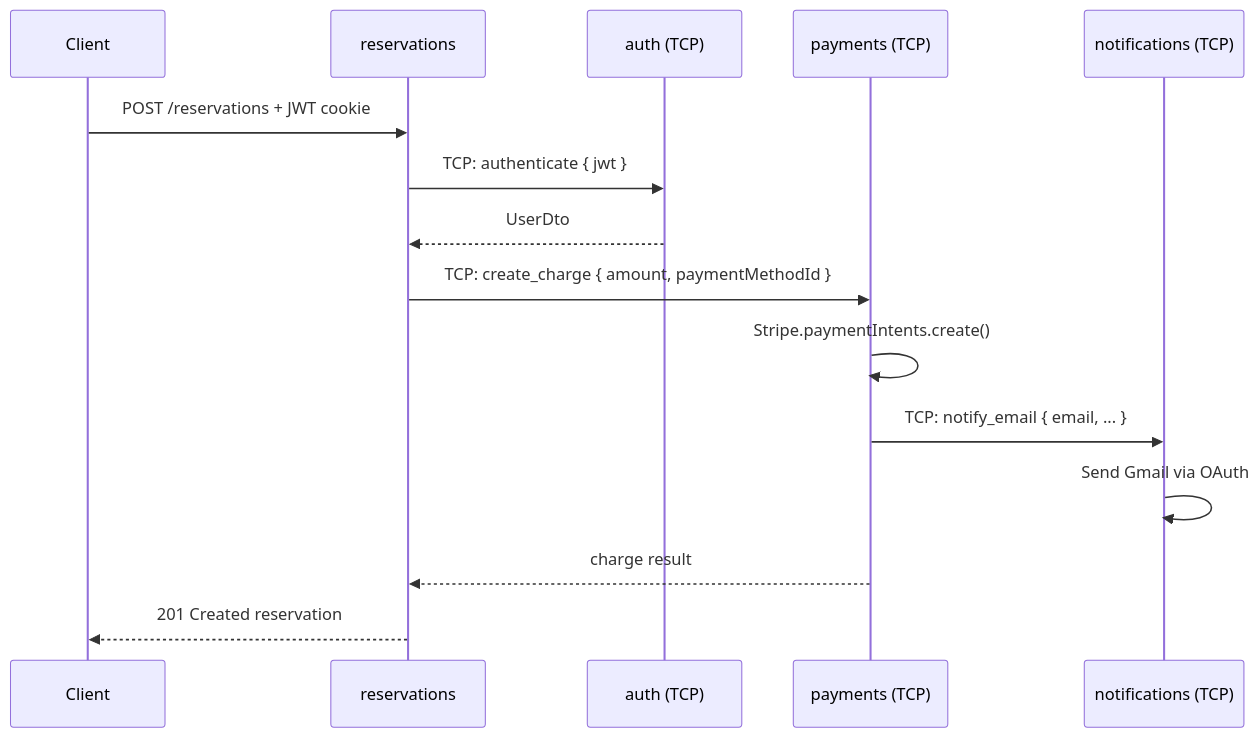
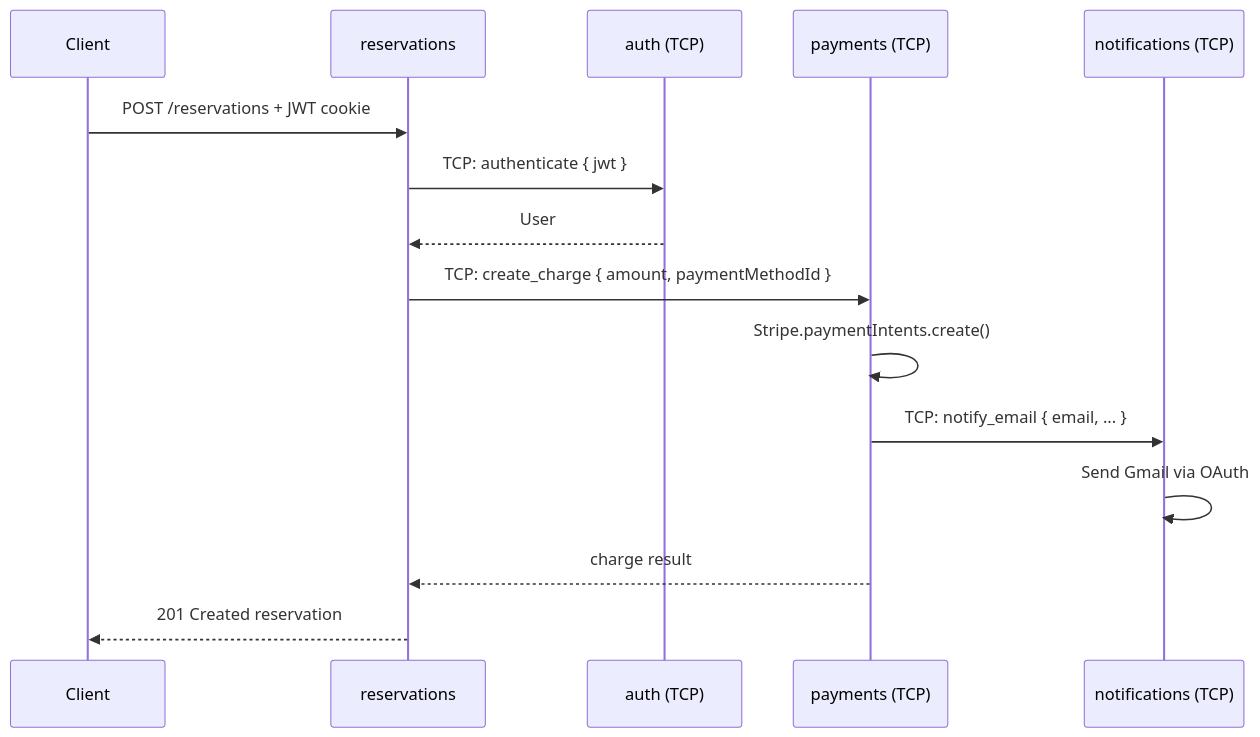
Before and after one commit to HuseyinKaraman/nestjs-microservice: the second of 2 diagrams in README.md, drawn with Mermaid. The commit also changed other lines of this file and 37 other files, not shown here.

````diff
--- a/README.md
+++ b/README.md
@@ -56,18 +56,18 @@
 ```mermaid
 sequenceDiagram
     participant C as Client
     participant R as reservations
     participant A as auth (TCP)
     participant P as payments (TCP)
     participant N as notifications (TCP)
 
     C->>R: POST /reservations + JWT cookie
     R->>A: TCP: authenticate { jwt }
-    A-->>R: UserDto
+    A-->>R: User
     R->>P: TCP: create_charge { amount, paymentMethodId }
     P->>P: Stripe.paymentIntents.create()
     P->>N: TCP: notify_email { email, ... }
     N->>N: Send Gmail via OAuth
     P-->>R: charge result
     R-->>C: 201 Created reservation
 ```
````
